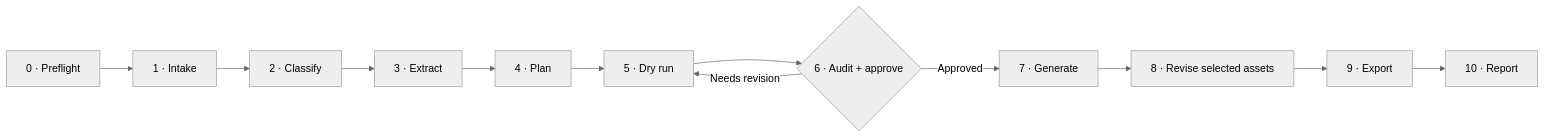
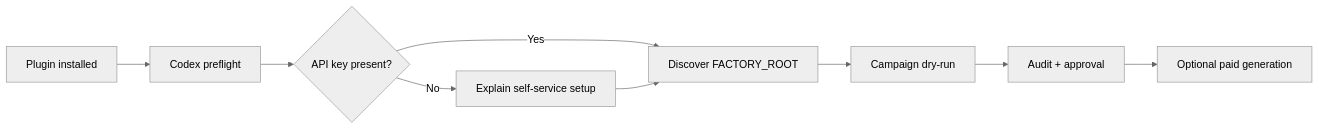
One commit to GMyoung/Linkedin-Ad-Asset-Factory-Skill changed the diagram in README.md. Above: the diagram before and after it, drawn with Mermaid (neutral theme). The commit also changed other lines of this file and 13 other files, not shown here.

Commit message:
Convert skill to Codex plugin workflow

````diff
--- a/README.md
+++ b/README.md
@@ -106,14 +53,11 @@
 ```mermaid
 flowchart LR
-    A["0 · Preflight"] --> B["1 · Intake"]
-    B --> C["2 · Classify"]
-    C --> D["3 · Extract"]
-    D --> E["4 · Plan"]
-    E --> F["5 · Dry run"]
-    F --> G{"6 · Audit + approve"}
-    G -->|Needs revision| F
-    G -->|Approved| H["7 · Generate"]
-    H --> I["8 · Revise selected assets"]
-    I --> J["9 · Export"]
-    J --> K["10 · Report"]
+    A["Plugin installed"] --> B["Codex preflight"]
+    B --> C{"API key present?"}
+    C -->|"No"| D["Explain self-service setup"]
+    C -->|"Yes"| E["Discover FACTORY_ROOT"]
+    D --> E
+    E --> F["Campaign dry-run"]
+    F --> G["Audit + approval"]
+    G --> H["Optional paid generation"]
 ```
````
